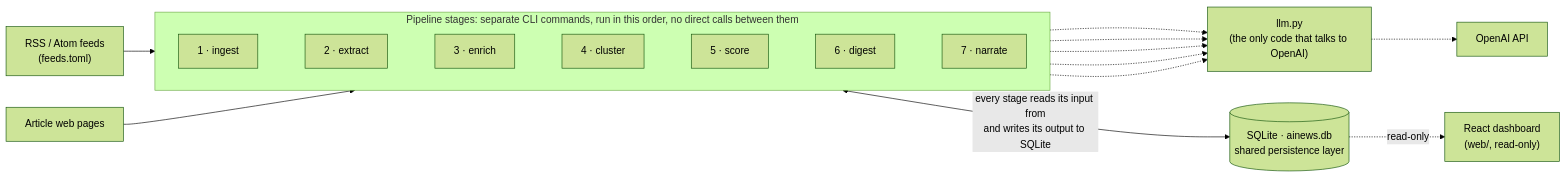
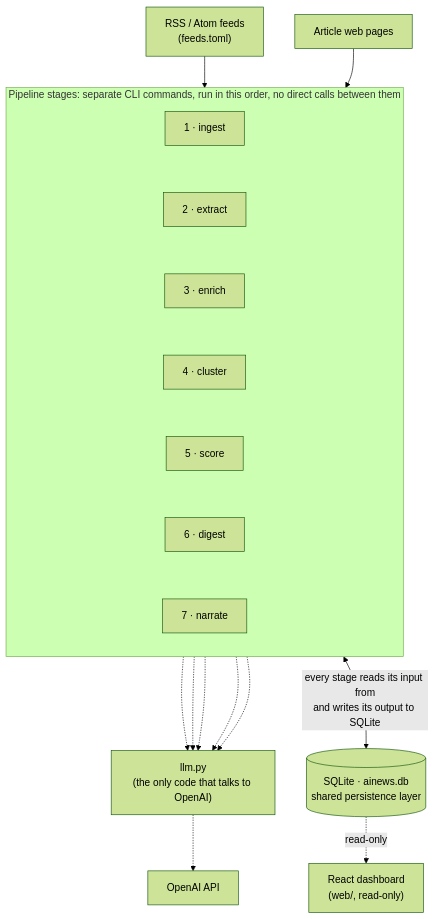
One commit to notrealjulia/daily-ai-news changed the first of 2 diagrams in README.md. Above: the diagram before and after it, drawn with Mermaid (forest theme). The commit also changed other lines of this file, not shown here.

Commit message:
docs: make README diagrams vertical; drop inspect-feed from pipeline diagram

````diff
--- a/README.md
+++ b/README.md
@@ -10,22 +10,22 @@
 ```mermaid
-flowchart LR
+flowchart TB
     RSS["RSS / Atom feeds<br/>(feeds.toml)"]
     WEB["Article web pages"]
     OAI["OpenAI API"]
 
     subgraph STAGES["Pipeline stages: separate CLI commands, run in this order, no direct calls between them"]
-        direction LR
+        direction TB
         ING["1 · ingest"] ~~~ EXT["2 · extract"] ~~~ ENR["3 · enrich"] ~~~ CLU["4 · cluster"] ~~~ SCO["5 · score"] ~~~ DIG["6 · digest"] ~~~ NAR["7 · narrate"]
     end
 
     LLM["llm.py<br/>(the only code that talks to OpenAI)"]
     DB[("SQLite · ainews.db<br/>shared persistence layer")]
     UI["React dashboard<br/>(web/, read-only)"]
 
     RSS --> ING
     WEB --> EXT
     ENR & CLU & SCO & DIG & NAR -.-> LLM
     LLM -.-> OAI
     STAGES <-->|"every stage reads its input from<br/>and writes its output to SQLite"| DB
     DB -.->|"read-only"| UI
 ```
````
